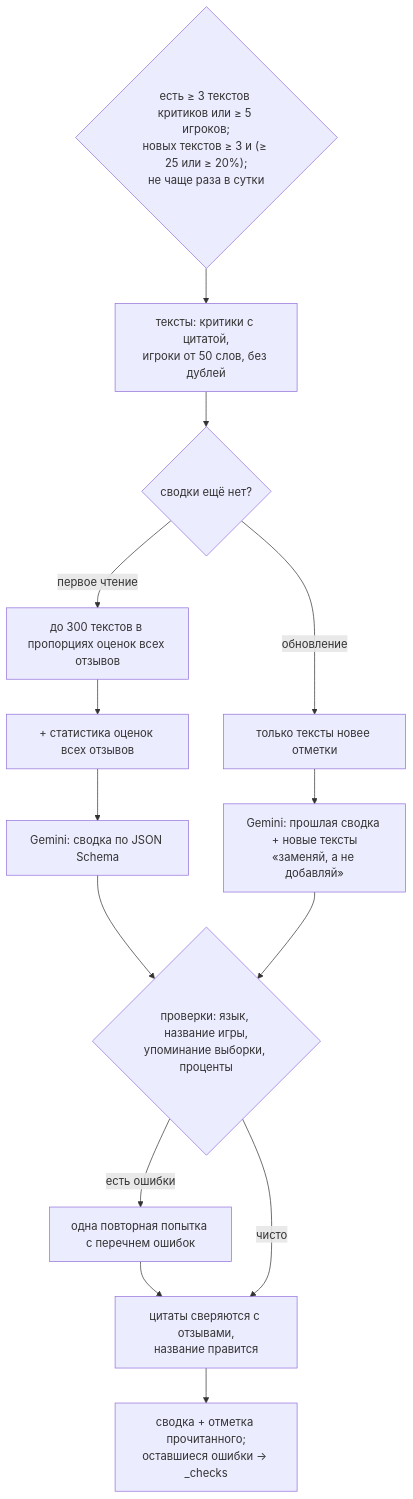
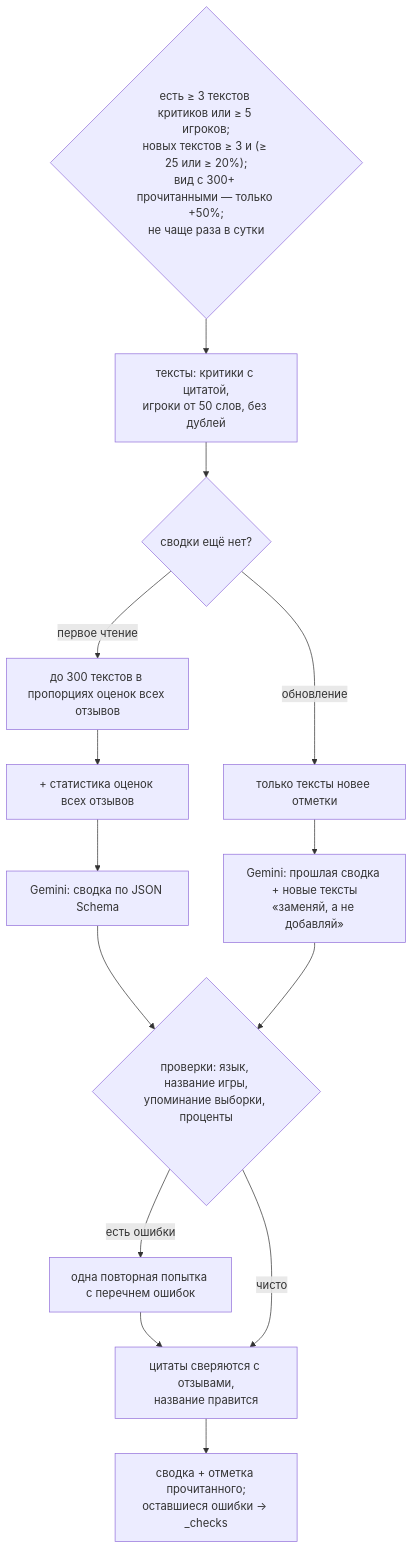
Before and after one commit to Mr-Bill1999/game_crowler_service: the fourth of 8 diagrams in README.md, drawn with Mermaid. The commit also changed other lines of this file and 4 other files, not shown here.

Commit message:
Report: the 10 November patch, with charts

````diff
--- a/README.md
+++ b/README.md
@@ -431,12 +434,12 @@
 ```mermaid
 flowchart TD
-  TR{"есть ≥ 3 текстов критиков или ≥ 5 игроков;<br/>новых текстов ≥ 3 и (≥ 25 или ≥ 20%);<br/>не чаще раза в сутки"} --> P["тексты: критики с цитатой,<br/>игроки от 50 слов, без дублей"]
+  TR{"есть ≥ 3 текстов критиков или ≥ 5 игроков;<br/>новых текстов ≥ 3 и (≥ 25 или ≥ 20%);<br/>вид с 300+ прочитанными — только +50%;<br/>не чаще раза в сутки"} --> P["тексты: критики с цитатой,<br/>игроки от 50 слов, без дублей"]
   P --> FIRST{"сводки ещё нет?"}
   FIRST -- "первое чтение" --> SMP["до 300 текстов в пропорциях оценок всех отзывов"]
   SMP --> ST["+ статистика оценок всех отзывов"] --> GEN["Gemini: сводка по JSON Schema"]
   FIRST -- "обновление" --> NEW["только тексты новее отметки"] --> UPD["Gemini: прошлая сводка + новые тексты<br/>«заменяй, а не добавляй»"]
   GEN & UPD --> CHK{"проверки: язык, название игры,<br/>упоминание выборки, проценты"}
   CHK -- "есть ошибки" --> RETRY["одна повторная попытка с перечнем ошибок"] --> FIX
   CHK -- "чисто" --> FIX["цитаты сверяются с отзывами,<br/>название правится"]
   FIX --> SAVE["сводка + отметка прочитанного;<br/>оставшиеся ошибки → _checks"]
 ```
````
